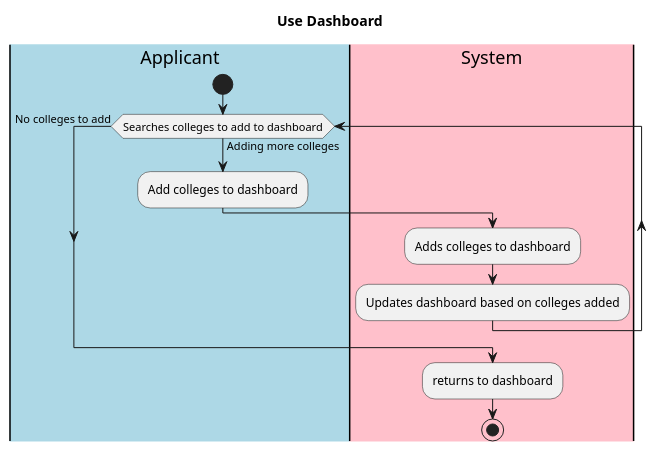
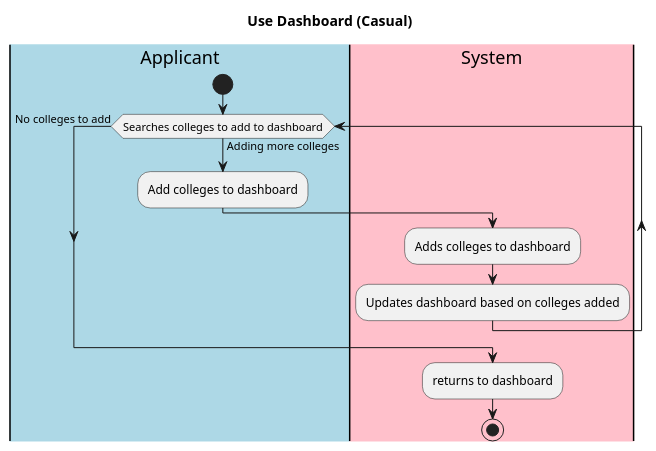
The diagram in intellij/use-cases/usedashboard.md (jlederer33/Essay-Review-App), drawn with PlantUML before and after one commit. The commit also changed other lines of this file and 5 other files, not shown here.

````diff
--- a/intellij/use-cases/usedashboard.md
+++ b/intellij/use-cases/usedashboard.md
@@ -1,22 +14,22 @@
 ```plantuml
-title Use Dashboard
+title Use Dashboard (Casual)
 
 
 |#lightblue|Applicant|
 |#pink|System|
 
 |Applicant|
 start
 while(Searches colleges to add to dashboard) is (Adding more colleges)
 :Add colleges to dashboard;
 |System|
 :Adds colleges to dashboard;
 :Updates dashboard based on colleges added;
 endwhile (No colleges to add)
 |System|
 :returns to dashboard;
 stop
 
 
 
 ```
````
